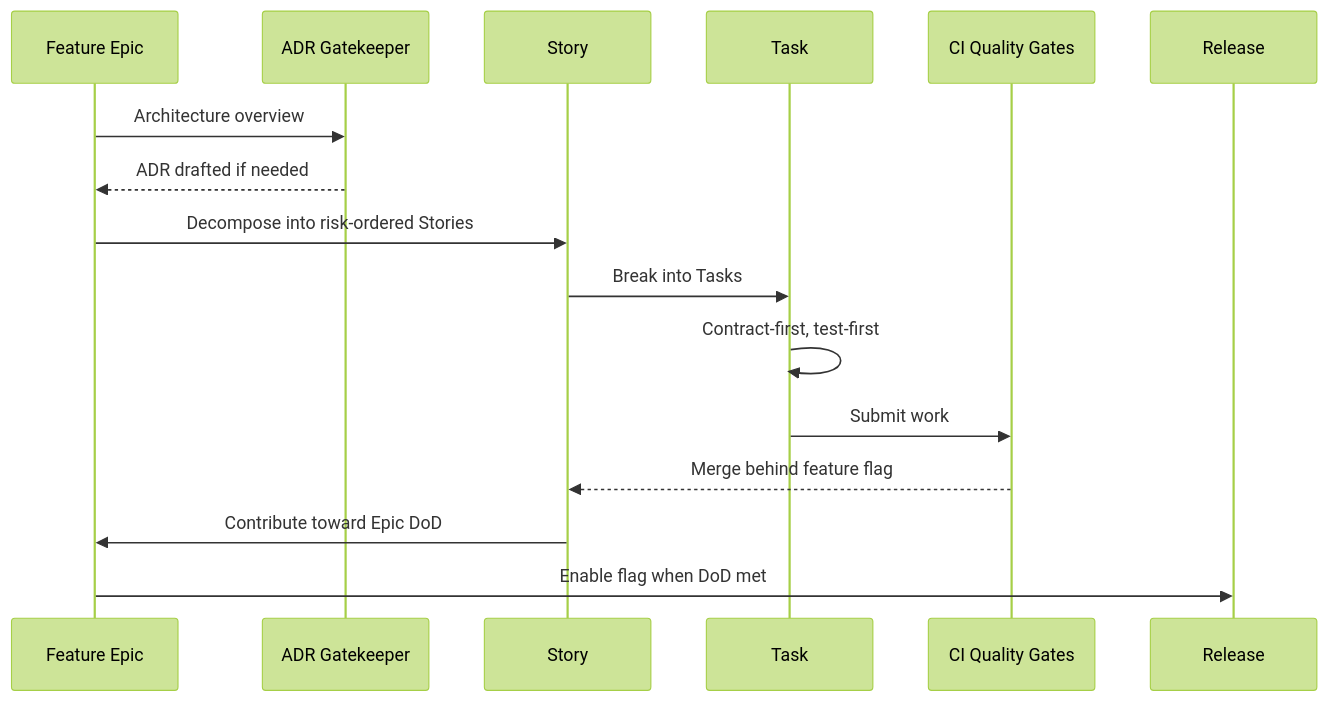
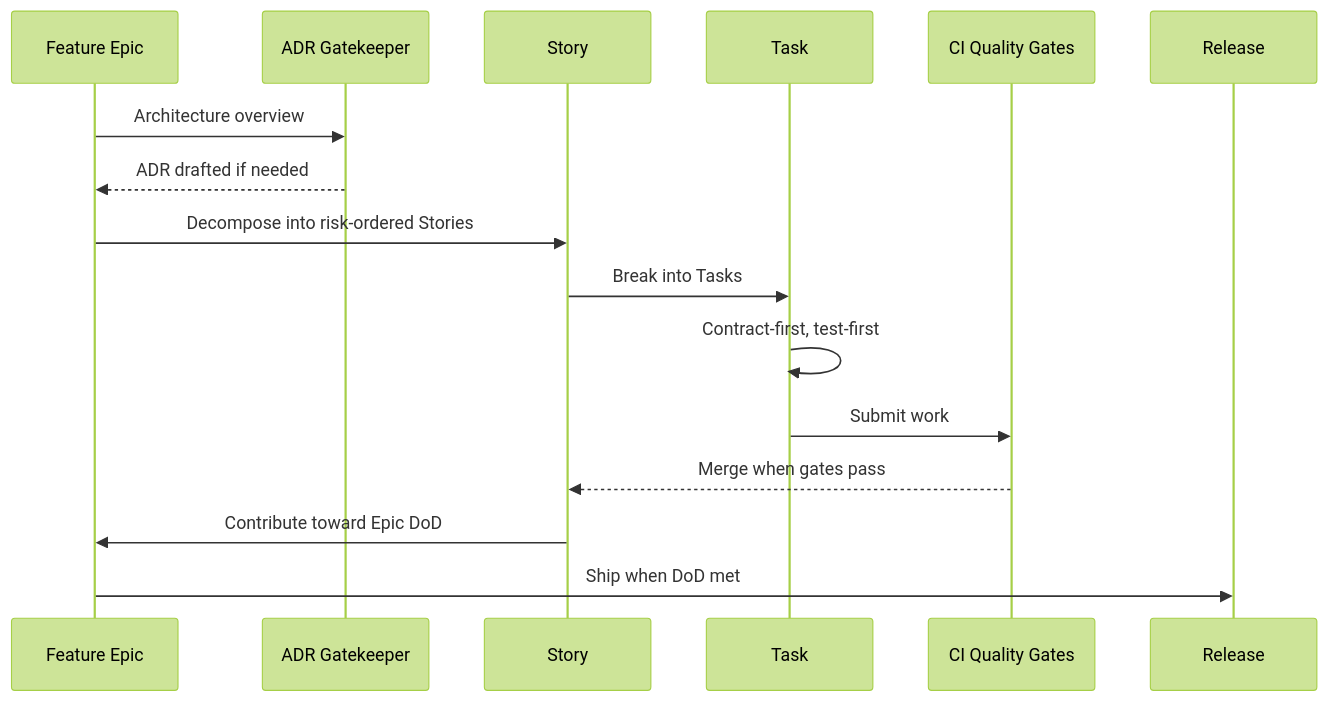
The diagram in README.md (crashtestbrandt/AIDD), drawn with Mermaid (forest theme) before and after one commit. The commit also changed other lines of this file and 1 other file, not shown here.

````diff
--- a/README.md
+++ b/README.md
@@ -16,22 +16,22 @@
 ```mermaid
 sequenceDiagram
     participant Epic as Feature Epic
     participant ADR as ADR Gatekeeper
     participant Story as Story
     participant Task as Task
     participant CI as CI Quality Gates
     participant Release as Release
 
     Epic->>ADR: Architecture overview
     ADR-->>Epic: ADR drafted if needed
 
     Epic->>Story: Decompose into risk-ordered Stories
     Story->>Task: Break into Tasks
 
     Task->>Task: Contract-first, test-first
     Task->>CI: Submit work
-    CI-->>Story: Merge behind feature flag
+    CI-->>Story: Merge when gates pass
 
     Story->>Epic: Contribute toward Epic DoD
-    Epic->>Release: Enable flag when DoD met
+    Epic->>Release: Ship when DoD met
 ```
````
